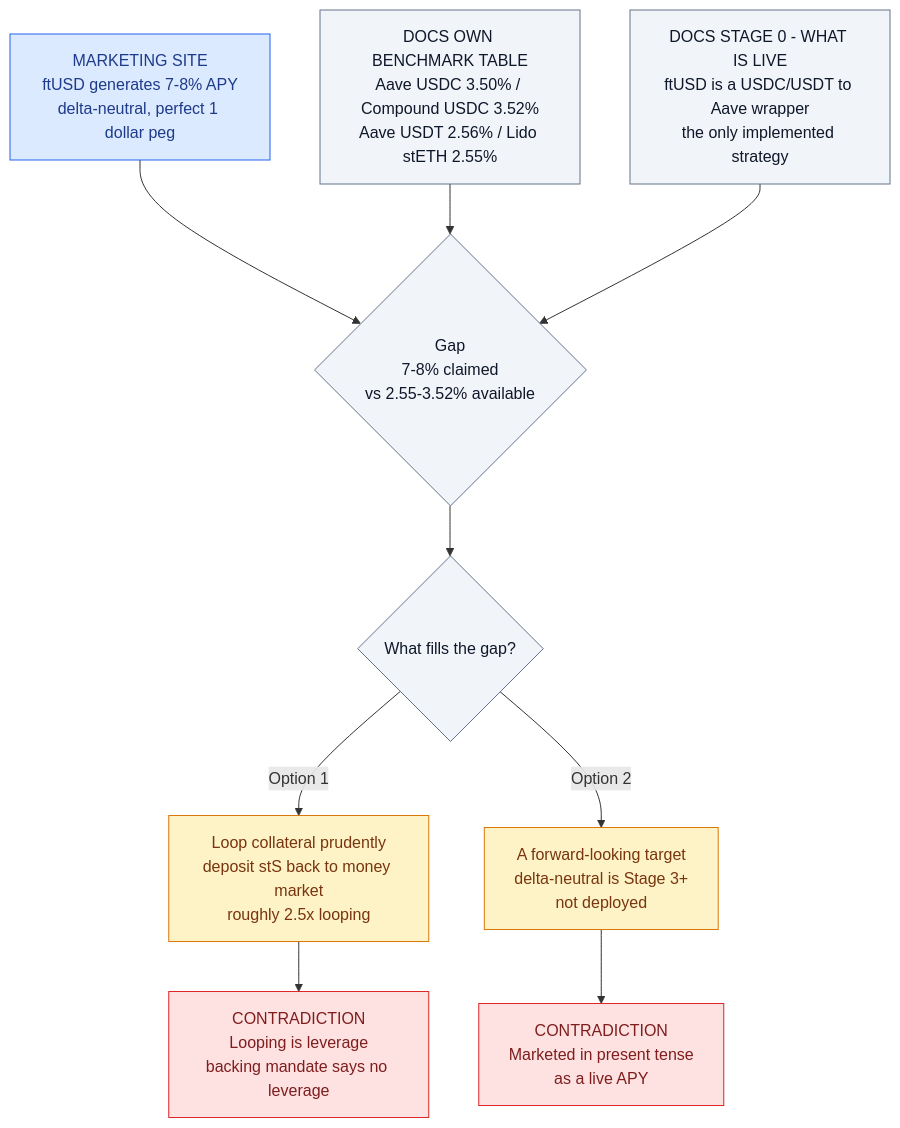
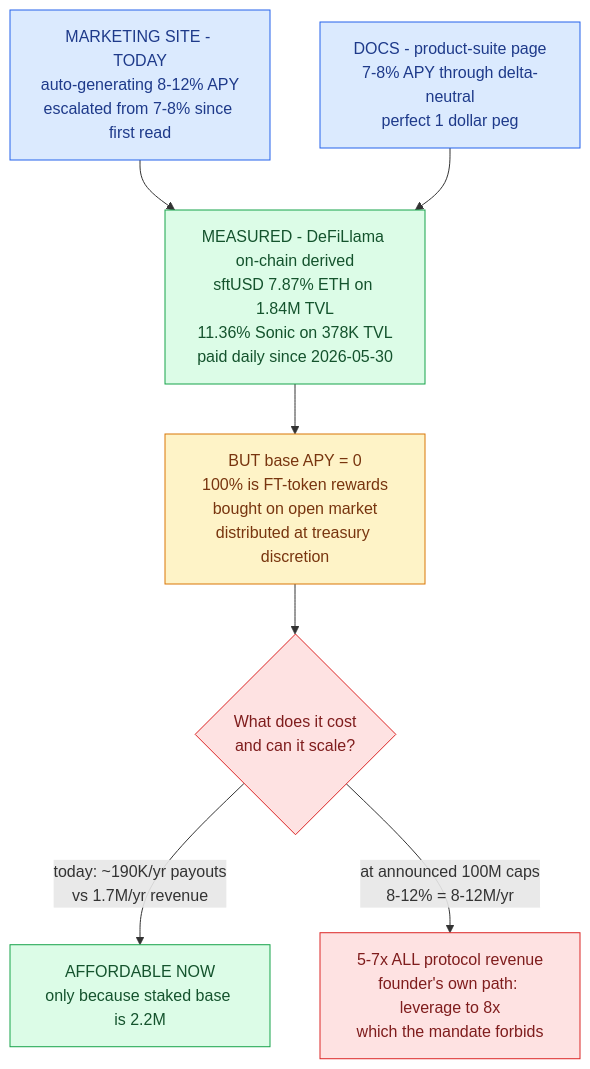
One commit to m0n3r0/flying-tulip-audit changed the third of 5 diagrams in research/01-protocol-overview.md. Above: the diagram before and after it, drawn with Mermaid. The commit also changed other lines of this file and 5 other files, not shown here.

````diff
--- a/research/01-protocol-overview.md
+++ b/research/01-protocol-overview.md
@@ -161,30 +187,28 @@
 ```mermaid
 flowchart TB
-    CLAIM["MARKETING SITE<br/>ftUSD generates 7-8% APY<br/>delta-neutral, perfect 1 dollar peg"]
+    CLAIM["MARKETING SITE - TODAY<br/>auto-generating 8-12% APY<br/>escalated from 7-8% since first read"]
 
-    REAL["DOCS STAGE 0 - WHAT IS LIVE<br/>ftUSD is a USDC/USDT to Aave wrapper<br/>the only implemented strategy"]
+    DOCS["DOCS - product-suite page<br/>7-8% APY through delta-neutral<br/>perfect 1 dollar peg"]
 
-    BENCH["DOCS OWN BENCHMARK TABLE<br/>Aave USDC 3.50% / Compound USDC 3.52%<br/>Aave USDT 2.56% / Lido stETH 2.55%"]
+    PAID["MEASURED - DeFiLlama on-chain derived<br/>sftUSD 7.87% ETH on 1.84M TVL<br/>11.36% Sonic on 378K TVL<br/>paid daily since 2026-05-30"]
 
-    CLAIM --> GAP{"Gap<br/>7-8% claimed<br/>vs 2.55-3.52% available"}
-    BENCH --> GAP
-    REAL --> GAP
+    BUT["BUT base APY = 0<br/>100% is FT-token rewards<br/>bought on open market<br/>distributed at treasury discretion"]
 
-    GAP --> Q{"What fills the gap?"}
+    CLAIM --> PAID
+    DOCS --> PAID
+    PAID --> BUT
 
-    Q -->|"Option 1"| LEV["Loop collateral prudently<br/>deposit stS back to money market<br/>roughly 2.5x looping"]
-    Q -->|"Option 2"| FWD["A forward-looking target<br/>delta-neutral is Stage 3+<br/>not deployed"]
-
-    LEV --> C1["CONTRADICTION<br/>Looping is leverage<br/>backing mandate says no leverage"]
-    FWD --> C2["CONTRADICTION<br/>Marketed in present tense<br/>as a live APY"]
+    BUT --> SCALE{"What does it cost<br/>and can it scale?"}
+    SCALE -->|"today: ~190K/yr payouts<br/>vs 1.7M/yr revenue"| OK["AFFORDABLE NOW<br/>only because staked base is 2.2M"]
+    SCALE -->|"at announced 100M caps<br/>8-12% = 8-12M/yr"| NO["5-7x ALL protocol revenue<br/>founder's own path: leverage to 8x<br/>which the mandate forbids"]
 
     classDef claim fill:#dbeafe,stroke:#2563eb,color:#1e3a8a
     classDef good fill:#dcfce7,stroke:#16a34a,color:#14532d
     classDef warn fill:#fef3c7,stroke:#d97706,color:#78350f
     classDef bad fill:#fee2e2,stroke:#dc2626,color:#7f1d1d
     classDef neutral fill:#f1f5f9,stroke:#64748b,color:#0f172a
-    class CLAIM claim
-    class REAL,BENCH,GAP,Q neutral
-    class LEV,FWD warn
-    class C1,C2 bad
+    class CLAIM,DOCS claim
+    class PAID,OK good
+    class BUT warn
+    class SCALE,NO bad
 ```
````
